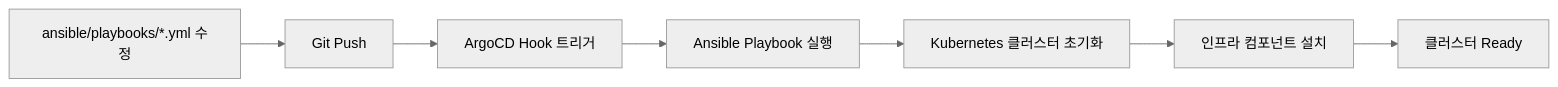
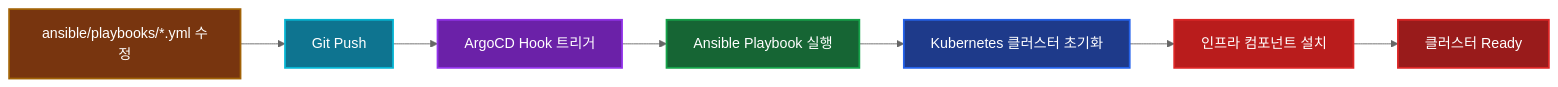
One commit to SeSACTHON/backend changed the third of 4 diagrams in docs/deployment/GITOPS_ARCHITECTURE.md. Above: the diagram before and after it, drawn with Mermaid (neutral theme). The commit also changed other lines of this file and 24 other files, not shown here.

````diff
--- a/docs/deployment/GITOPS_ARCHITECTURE.md
+++ b/docs/deployment/GITOPS_ARCHITECTURE.md
@@ -189,9 +397,17 @@
 ```mermaid
 graph LR
     A[ansible/playbooks/*.yml 수정] --> B[Git Push]
     B --> C[ArgoCD Hook 트리거]
     C --> D[Ansible Playbook 실행]
     D --> E[Kubernetes 클러스터 초기화]
     E --> F[인프라 컴포넌트 설치]
     F --> G[클러스터 Ready]
+    
+    style A fill:#78350f,stroke:#a16207,stroke-width:2px,color:#fff
+    style B fill:#0e7490,stroke:#06b6d4,stroke-width:2px,color:#fff
+    style C fill:#6b21a8,stroke:#9333ea,stroke-width:2px,color:#fff
+    style D fill:#166534,stroke:#16a34a,stroke-width:2px,color:#fff
+    style E fill:#1e3a8a,stroke:#2563eb,stroke-width:2px,color:#fff
+    style F fill:#b91c1c,stroke:#dc2626,stroke-width:2px,color:#fff
+    style G fill:#991b1b,stroke:#dc2626,stroke-width:2px,color:#fff
 ```
````
